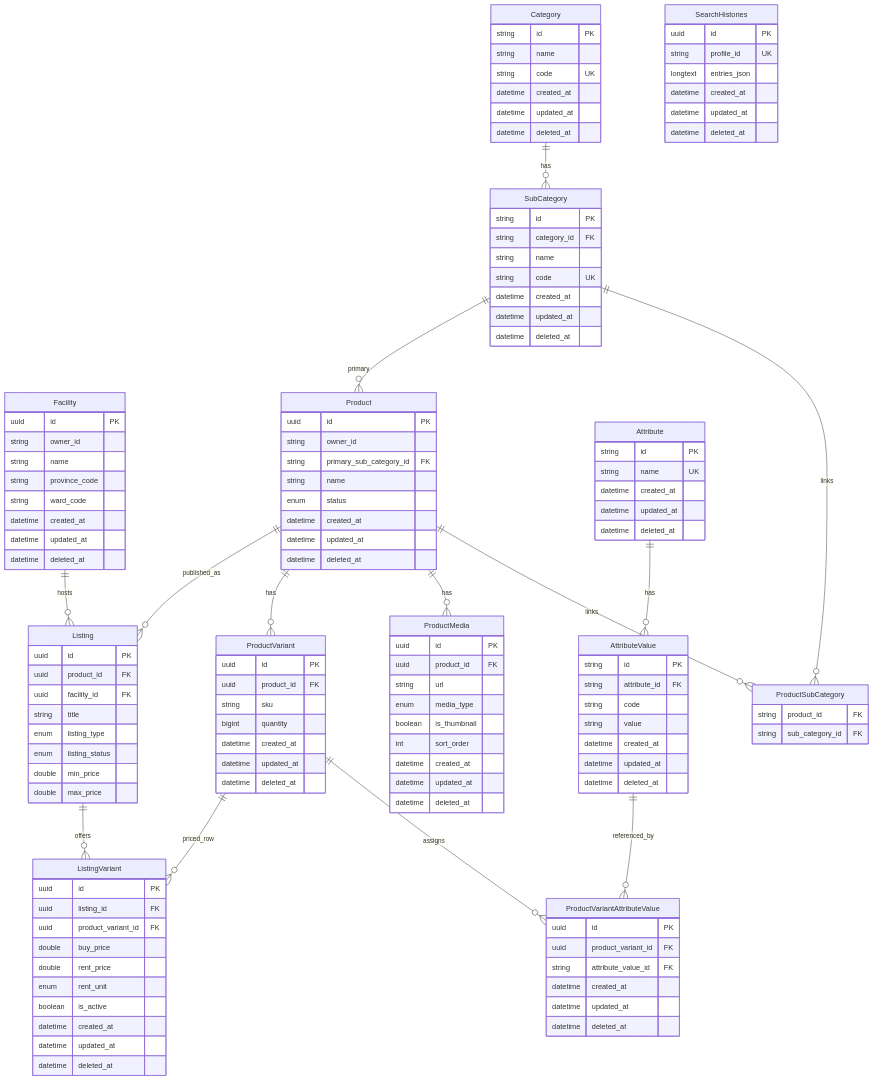
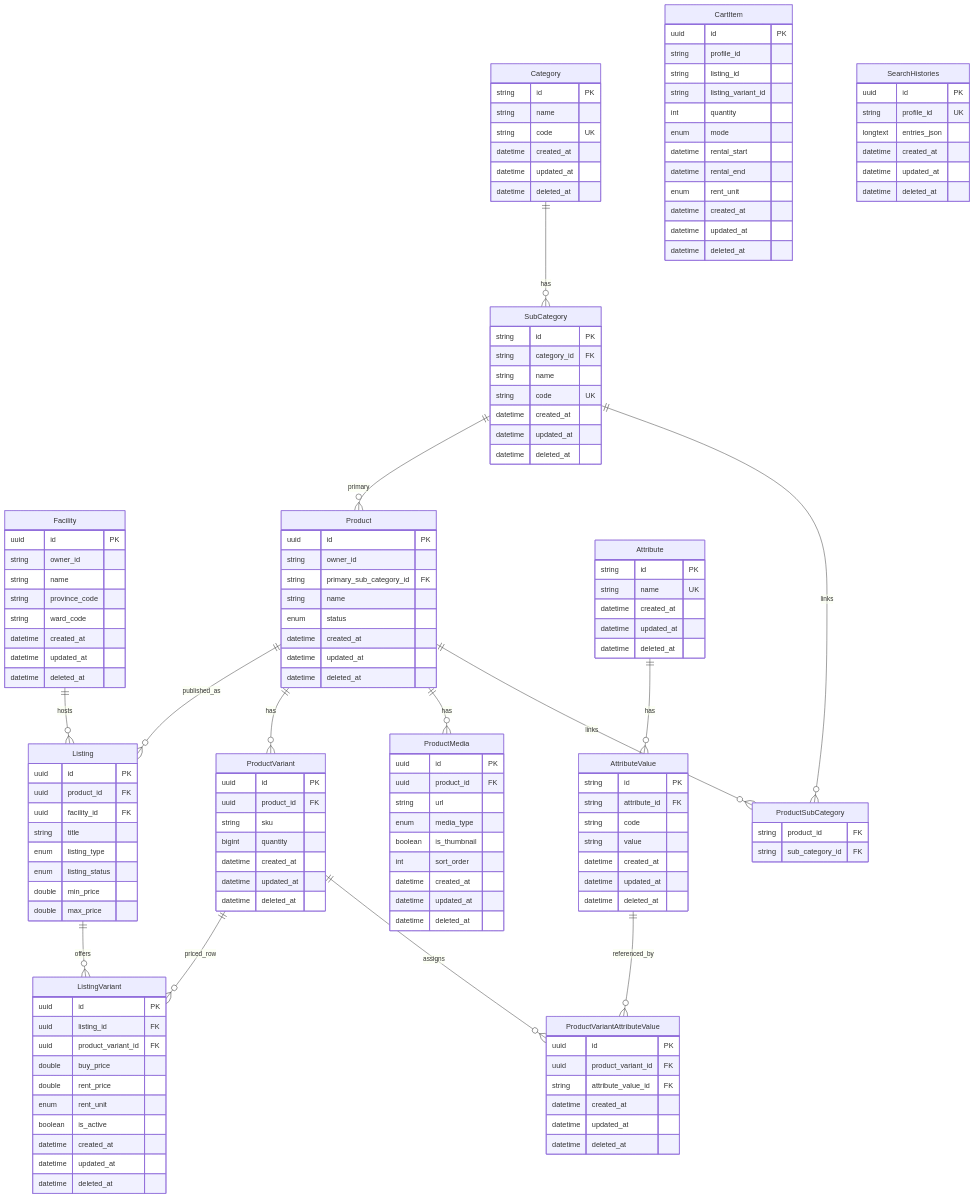
One commit to Naodab/Second_Life changed the first of 5 diagrams in productservice/README.md. Above: the diagram before and after it, drawn with Mermaid. The commit also changed other lines of this file and 10 other files, not shown here.

```diff
--- a/productservice/README.md
+++ b/productservice/README.md
@@ -128,6 +128,20 @@
         datetime updated_at
         datetime deleted_at
     }
+    CartItem {
+        uuid id PK
+        string profile_id
+        string listing_id
+        string listing_variant_id
+        int quantity
+        enum mode
+        datetime rental_start
+        datetime rental_end
+        enum rent_unit
+        datetime created_at
+        datetime updated_at
+        datetime deleted_at
+    }
     SearchHistories {
         uuid id PK
         string profile_id UK
```
